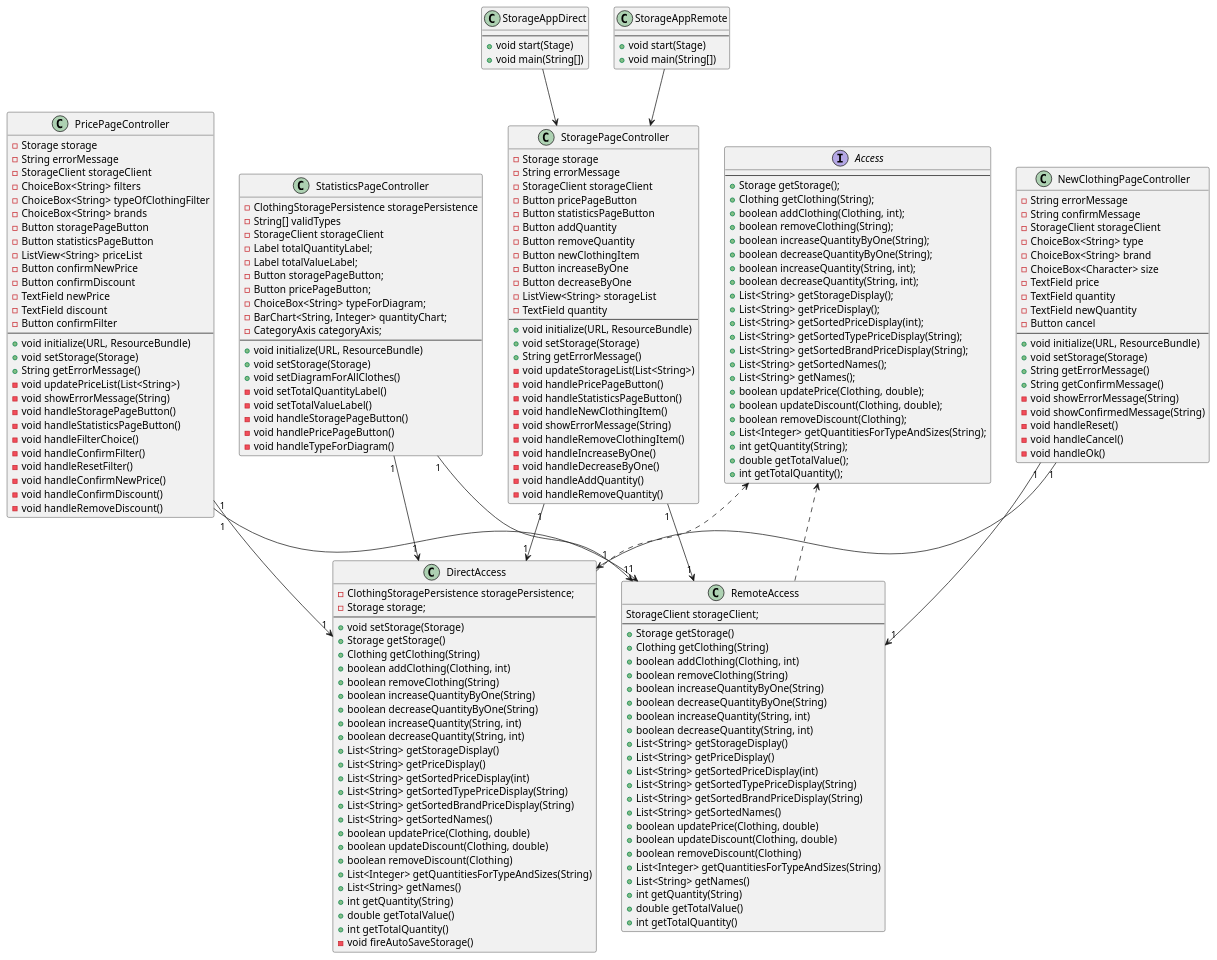
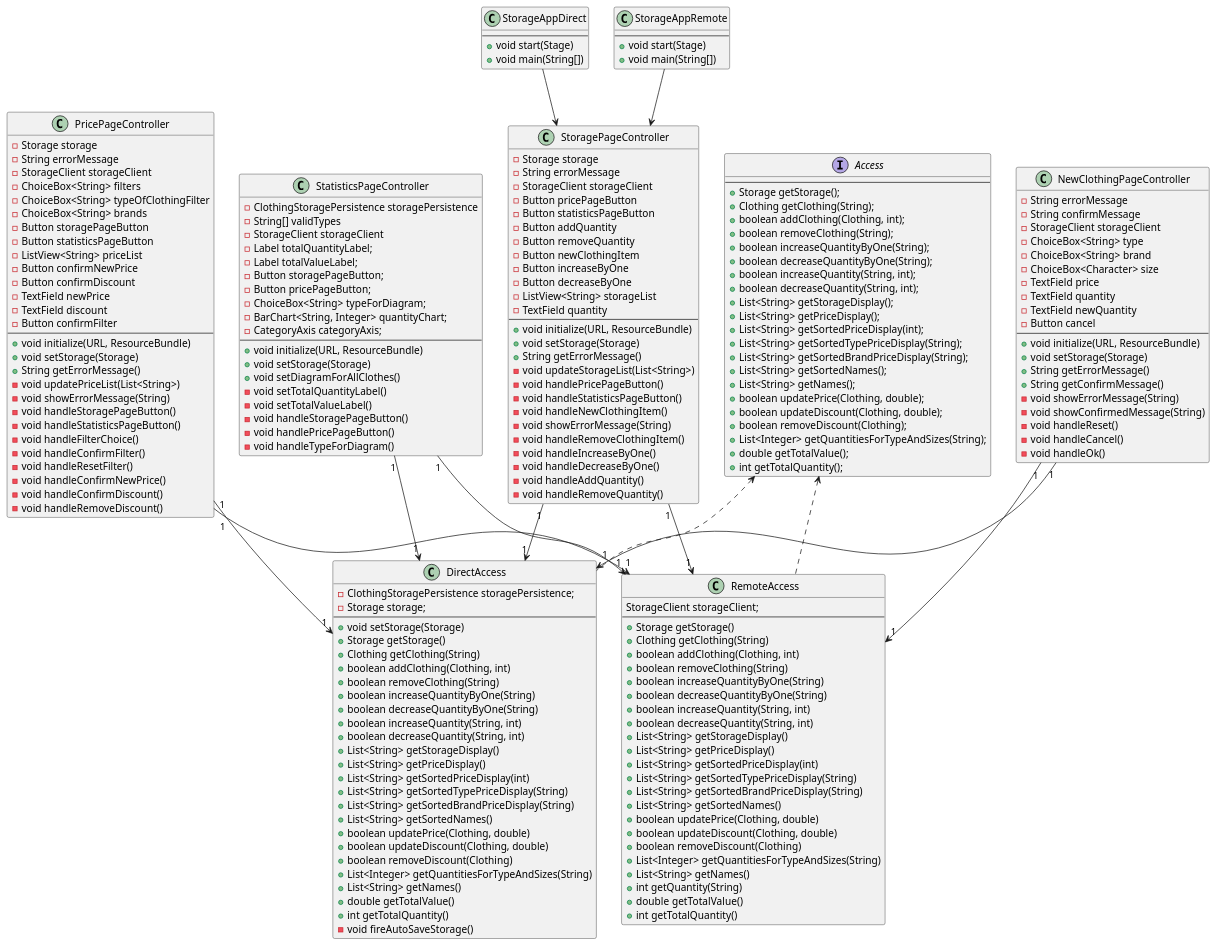
Before and after one commit to olejacobmellgren/clothingStorage: the diagram in docs/release3/diagrams/class-diagrams/uiClassDiagram.puml, drawn with PlantUML. The commit also changed 4 other files, not shown here.

First line of the commit message:
#55 removed getQuantity method in interface

```diff
--- a/docs/release3/diagrams/class-diagrams/uiClassDiagram.puml
+++ b/docs/release3/diagrams/class-diagrams/uiClassDiagram.puml
@@ -150,7 +150,6 @@
     +boolean removeDiscount(Clothing)
     +List<Integer> getQuantitiesForTypeAndSizes(String)
     +List<String> getNames()
-    +int getQuantity(String)
     +double getTotalValue()
     +int getTotalQuantity()
     -void fireAutoSaveStorage()
@@ -206,7 +205,6 @@
     +boolean updateDiscount(Clothing, double);
     +boolean removeDiscount(Clothing);
     +List<Integer> getQuantitiesForTypeAndSizes(String);
-    +int getQuantity(String);
     +double getTotalValue();
     +int getTotalQuantity();
 }
```
